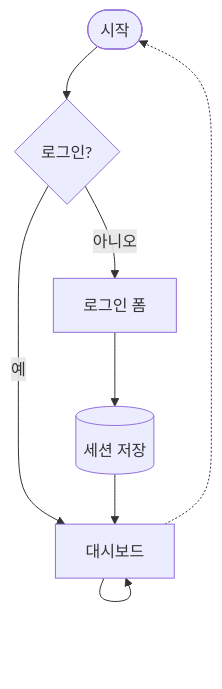
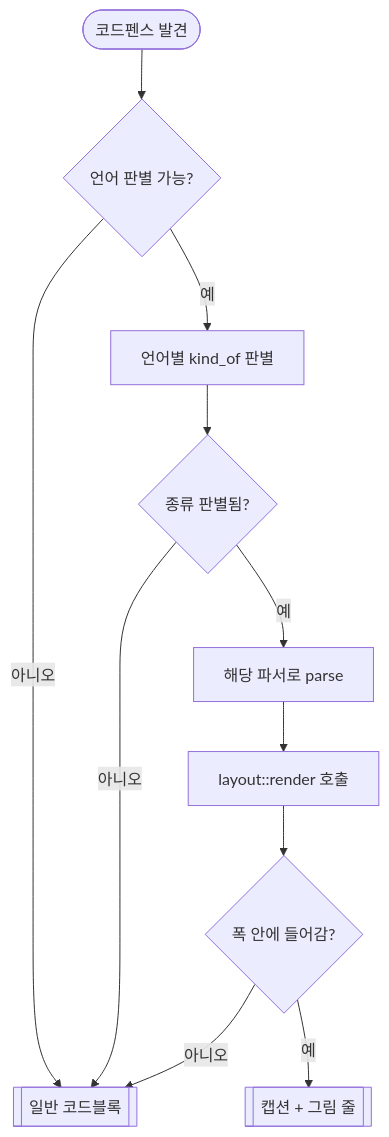
Before and after one commit to hodorii/dg: the second of 14 diagrams in examples/architecture.md, drawn with Mermaid. The commit also changed other lines of this file and 22 other files, not shown here.

First line of the commit message:
mermaid 다이어그램 7종(gitGraph·block-beta·pie·xychart-beta·quadrantChart·gantt)과 PlantUML @startgantt 지원, 공통 차트 렌더링 기반(layout::chart) 추가

````diff
--- a/examples/architecture.md
+++ b/examples/architecture.md
@@ -37,10 +97,13 @@
 ```mermaid
 flowchart TB
-  A([시작]) --> B{로그인?}
-  B -- 예 --> C[대시보드]
-  B -- 아니오 --> D[로그인 폼]
-  D --> E[(세션 저장)]
-  E --> C
-  C --> C
-  C -.-> A
+  A([코드펜스 발견]) --> B{언어 판별 가능?}
+  B -- 아니오 --> H[[일반 코드블록]]
+  B -- 예 --> C[언어별 kind_of 판별]
+  C --> D{종류 판별됨?}
+  D -- 아니오 --> H
+  D -- 예 --> E[해당 파서로 parse]
+  E --> F[layout::render 호출]
+  F --> G{폭 안에 들어감?}
+  G -- 아니오 --> H
+  G -- 예 --> I[[캡션 + 그림 줄]]
 ```
````
